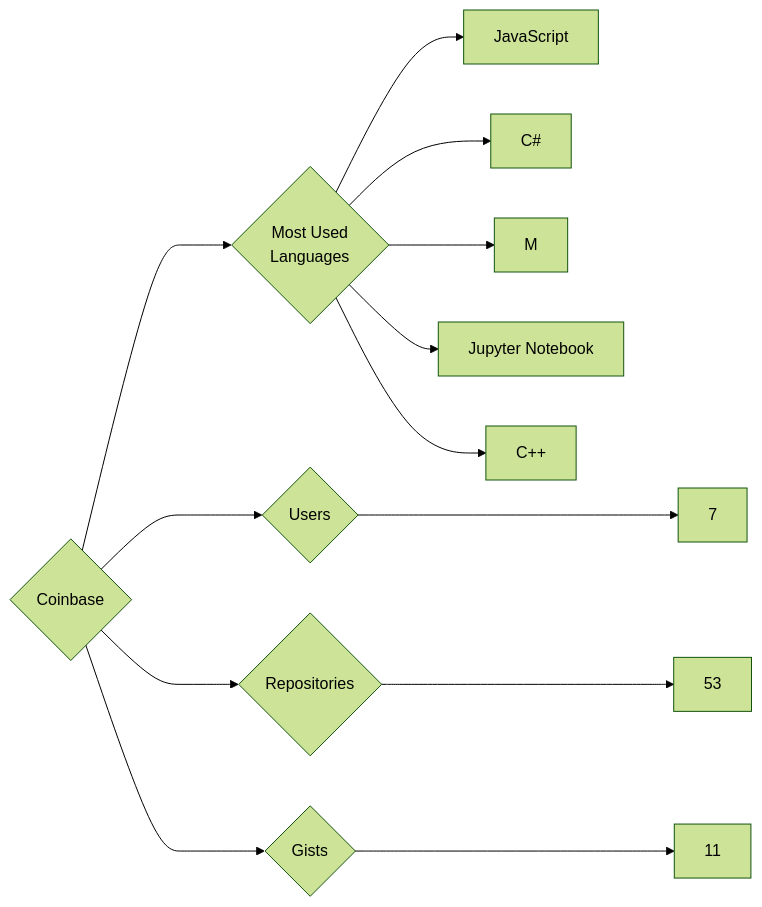
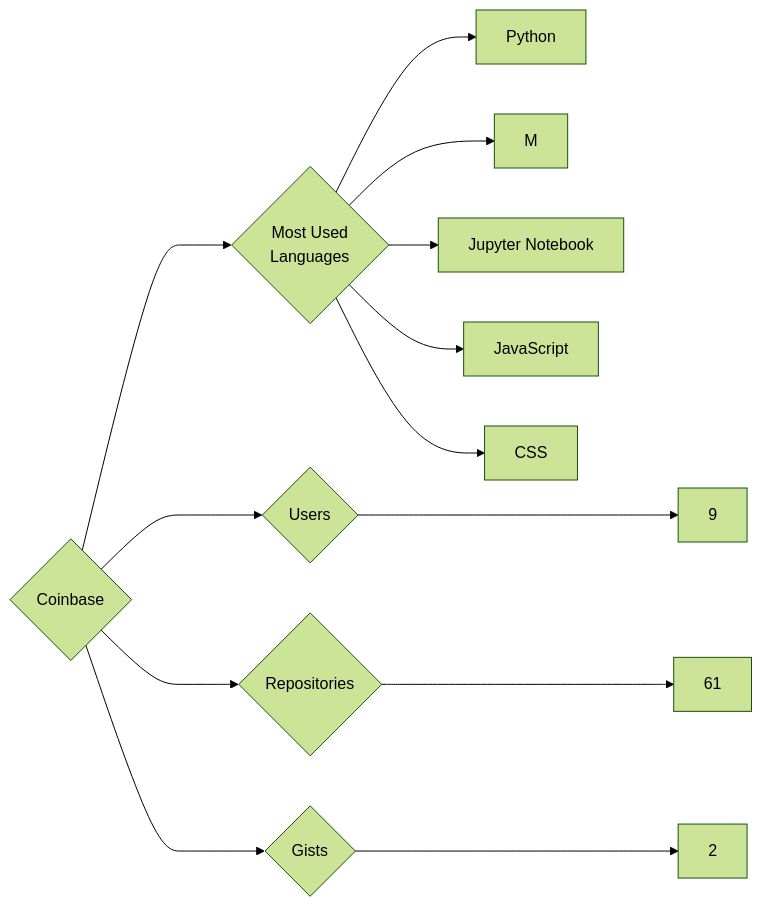
Before and after one commit to trickest/insiders: the diagram in targets/Coinbase/README.md, drawn with Mermaid (forest theme). The commit also changed 942 other files, not shown here.

````diff
--- a/targets/Coinbase/README.md
+++ b/targets/Coinbase/README.md
@@ -3,13 +3,13 @@
 ```mermaid
 graph LR
 COMPANY_NAME{Coinbase}
-COMPANY_NAME ---> U{Users} ---> UN[7]
-COMPANY_NAME ---> R{Repositories} ---> RN[53]
-COMPANY_NAME ---> G{Gists} ---> GN[11]
+COMPANY_NAME ---> U{Users} ---> UN[9]
+COMPANY_NAME ---> R{Repositories} ---> RN[61]
+COMPANY_NAME ---> G{Gists} ---> GN[2]
 COMPANY_NAME ---> ML{Most Used<br>Languages}
-ML --> JavaScript[JavaScript]
-ML --> C#[C#]
+ML --> Python[Python]
 ML --> M[M]
 ML --> Jupyter_Notebook[Jupyter Notebook]
-ML --> C++[C++]
+ML --> JavaScript[JavaScript]
+ML --> CSS[CSS]
 ```
````
